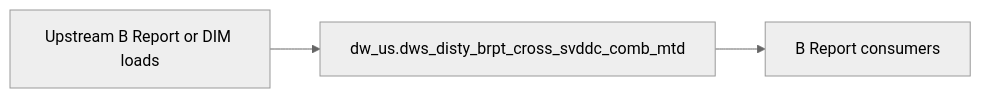
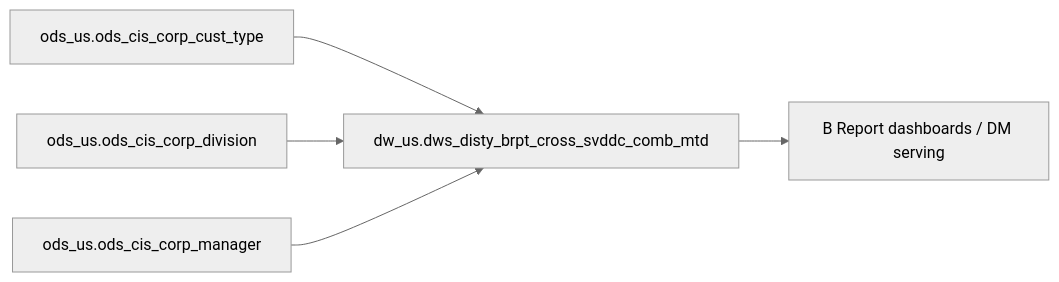
The diagram in backend/defaults/b_report/workspace/target/knowledgebase/b-report-us/dws_disty_brpt_cross_svddc_comb_mtd.md (chengduhaha/data_agent), drawn with Mermaid (neutral theme) before and after one commit. The commit also changed other lines of this file and 1108 other files, not shown here.

````diff
--- a/backend/defaults/b_report/workspace/target/knowledgebase/b-report-us/dws_disty_brpt_cross_svddc_comb_mtd.md
+++ b/backend/defaults/b_report/workspace/target/knowledgebase/b-report-us/dws_disty_brpt_cross_svddc_comb_mtd.md
@@ -150,8 +432,12 @@
 ```mermaid
 flowchart LR
-  upstream[Upstream B Report or DIM loads]
-  tgt["dw_us.dws_disty_brpt_cross_svddc_comb_mtd"]
-  brpt[B Report consumers]
-  upstream --> tgt
-  tgt --> brpt
+  dw_us_dws_disty_brpt_cross_svddc_comb_mt["dw_us.dws_disty_brpt_cross_svddc_comb_mtd"]
+  src0["ods_us.ods_cis_corp_cust_type"]
+  src0 --> dw_us_dws_disty_brpt_cross_svddc_comb_mt
+  src1["ods_us.ods_cis_corp_division"]
+  src1 --> dw_us_dws_disty_brpt_cross_svddc_comb_mt
+  src2["ods_us.ods_cis_corp_manager"]
+  src2 --> dw_us_dws_disty_brpt_cross_svddc_comb_mt
+  consumers["B Report dashboards / DM serving"]
+  dw_us_dws_disty_brpt_cross_svddc_comb_mt --> consumers
 ```
````
